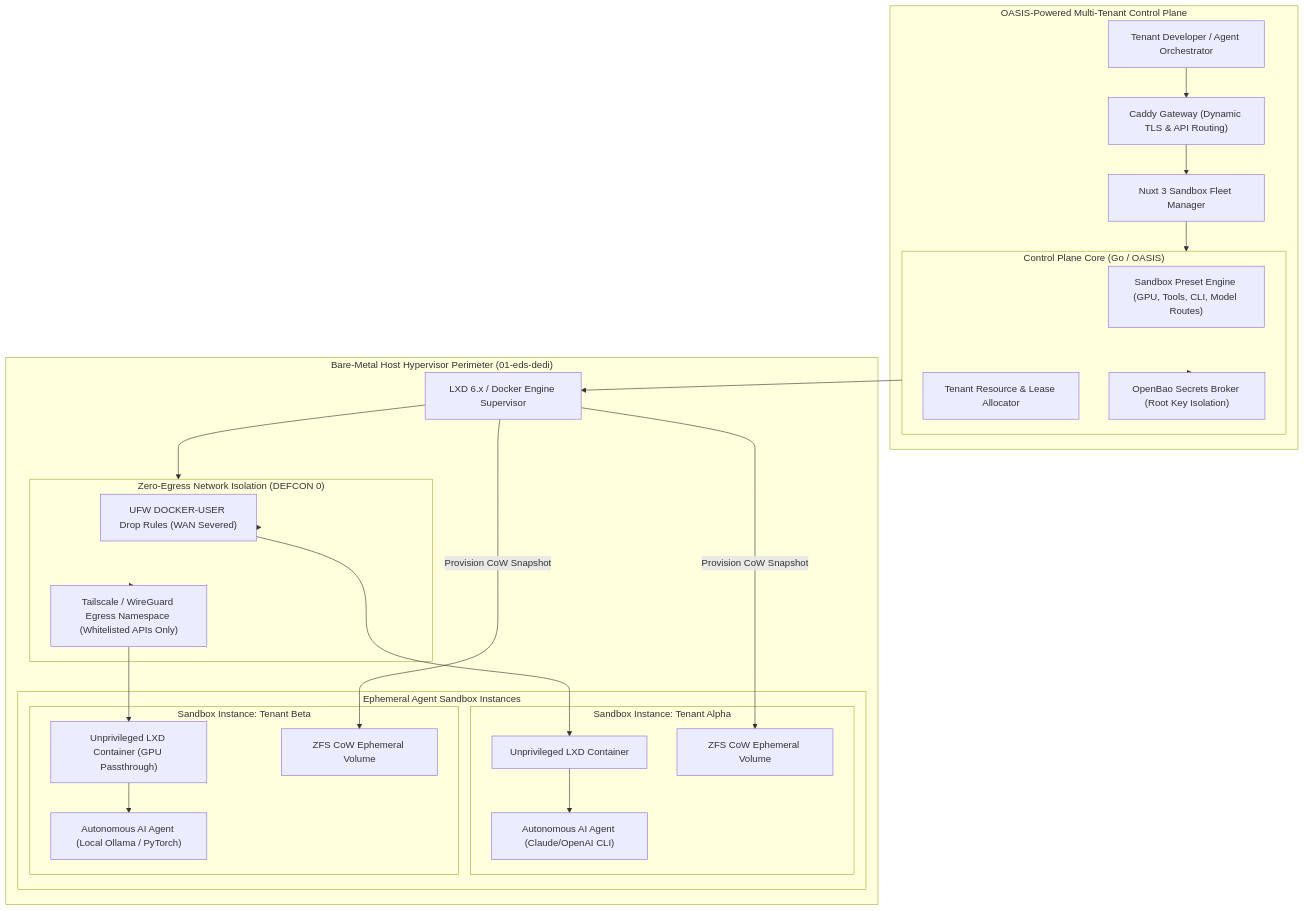
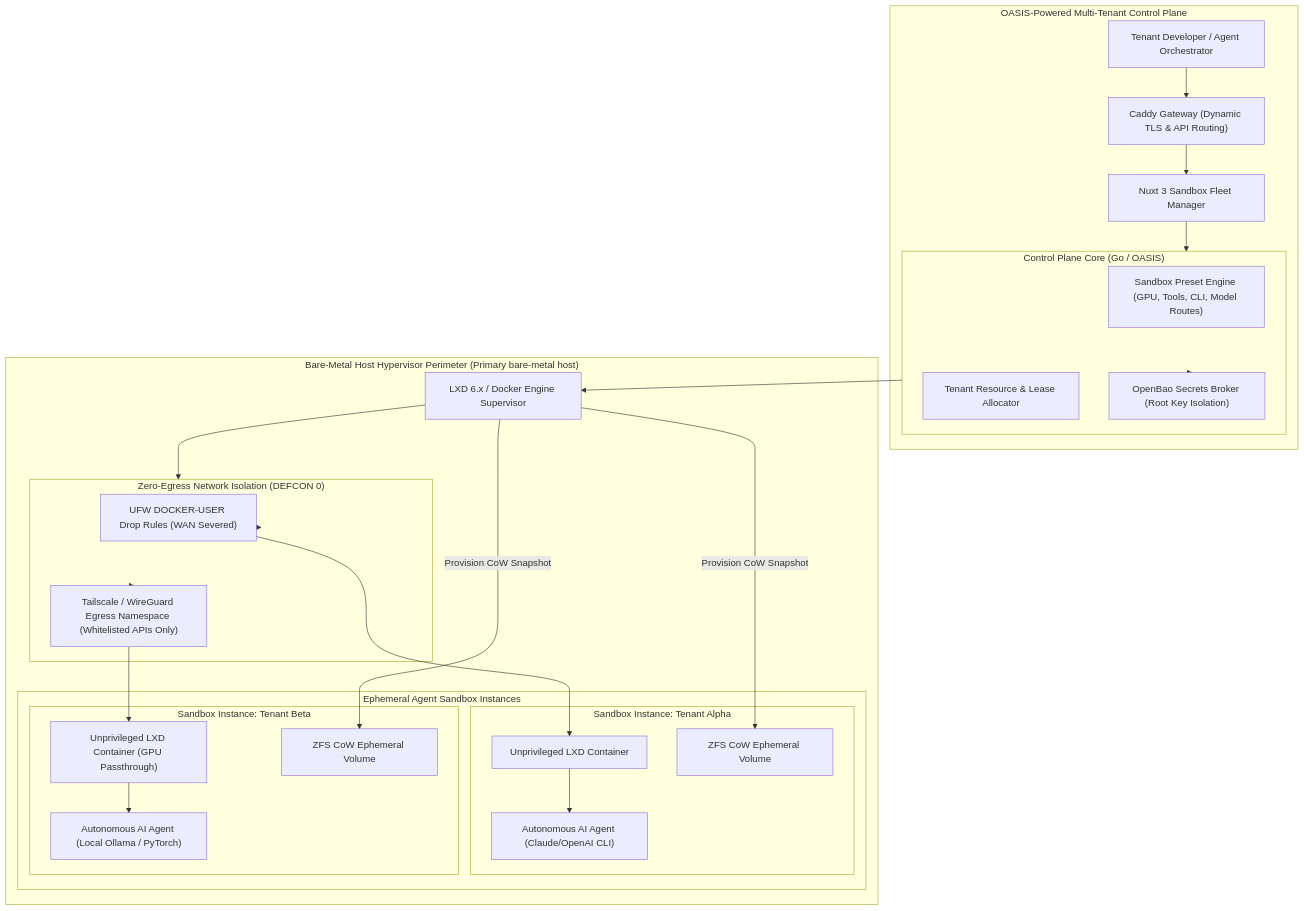
The diagram in projects/06-autonomous-ai-sandbox-control-plane/diagrams/architecture.mmd (unexcitement/public-portfolio), drawn with Mermaid before and after one commit. The commit also changed 15 other files, not shown here.

```diff
--- a/projects/06-autonomous-ai-sandbox-control-plane/diagrams/architecture.mmd
+++ b/projects/06-autonomous-ai-sandbox-control-plane/diagrams/architecture.mmd
@@ -1,52 +1,52 @@
 flowchart TB
     subgraph ControlPlanePerimeter["OASIS-Powered Multi-Tenant Control Plane"]
         Operator["Tenant Developer / Agent Orchestrator"]
         CaddyGateway["Caddy Gateway (Dynamic TLS & API Routing)"]
         NuxtConsole["Nuxt 3 Sandbox Fleet Manager"]
         
         subgraph APICore["Control Plane Core (Go / OASIS)"]
             PresetEngine["Sandbox Preset Engine (GPU, Tools, CLI, Model Routes)"]
             QuotaManager["Tenant Resource & Lease Allocator"]
             SecretsInjector["OpenBao Secrets Broker (Root Key Isolation)"]
         end
     end
 
-    subgraph HostHypervisor["Bare-Metal Host Hypervisor Perimeter (01-eds-dedi)"]
+    subgraph HostHypervisor["Bare-Metal Host Hypervisor Perimeter (Primary bare-metal host)"]
         DaemonManager["LXD 6.x / Docker Engine Supervisor"]
         
         subgraph NetworkIsolation["Zero-Egress Network Isolation (DEFCON 0)"]
             UFWPolicy["UFW DOCKER-USER Drop Rules (WAN Severed)"]
             EgressBridge["Tailscale / WireGuard Egress Namespace (Whitelisted APIs Only)"]
         end
 
         subgraph SandboxFleet["Ephemeral Agent Sandbox Instances"]
             subgraph Sandbox1["Sandbox Instance: Tenant Alpha"]
                 UnprivLXD1["Unprivileged LXD Container"]
                 AgentRuntime1["Autonomous AI Agent (Claude/OpenAI CLI)"]
                 ZFSStorage1["ZFS CoW Ephemeral Volume"]
             end
             
             subgraph Sandbox2["Sandbox Instance: Tenant Beta"]
                 UnprivLXD2["Unprivileged LXD Container (GPU Passthrough)"]
                 AgentRuntime2["Autonomous AI Agent (Local Ollama / PyTorch)"]
                 ZFSStorage2["ZFS CoW Ephemeral Volume"]
             end
         end
     end
 
     Operator --> CaddyGateway
     CaddyGateway --> NuxtConsole
     NuxtConsole --> APICore
     APICore --> SecretsInjector
     APICore --> DaemonManager
 
     DaemonManager --> NetworkIsolation
     NetworkIsolation --> UFWPolicy
     NetworkIsolation --> EgressBridge
 
     DaemonManager -->|Provision CoW Snapshot| ZFSStorage1
     DaemonManager -->|Provision CoW Snapshot| ZFSStorage2
     UFWPolicy --> UnprivLXD1
     EgressBridge --> UnprivLXD2
     UnprivLXD1 --> AgentRuntime1
     UnprivLXD2 --> AgentRuntime2
```
